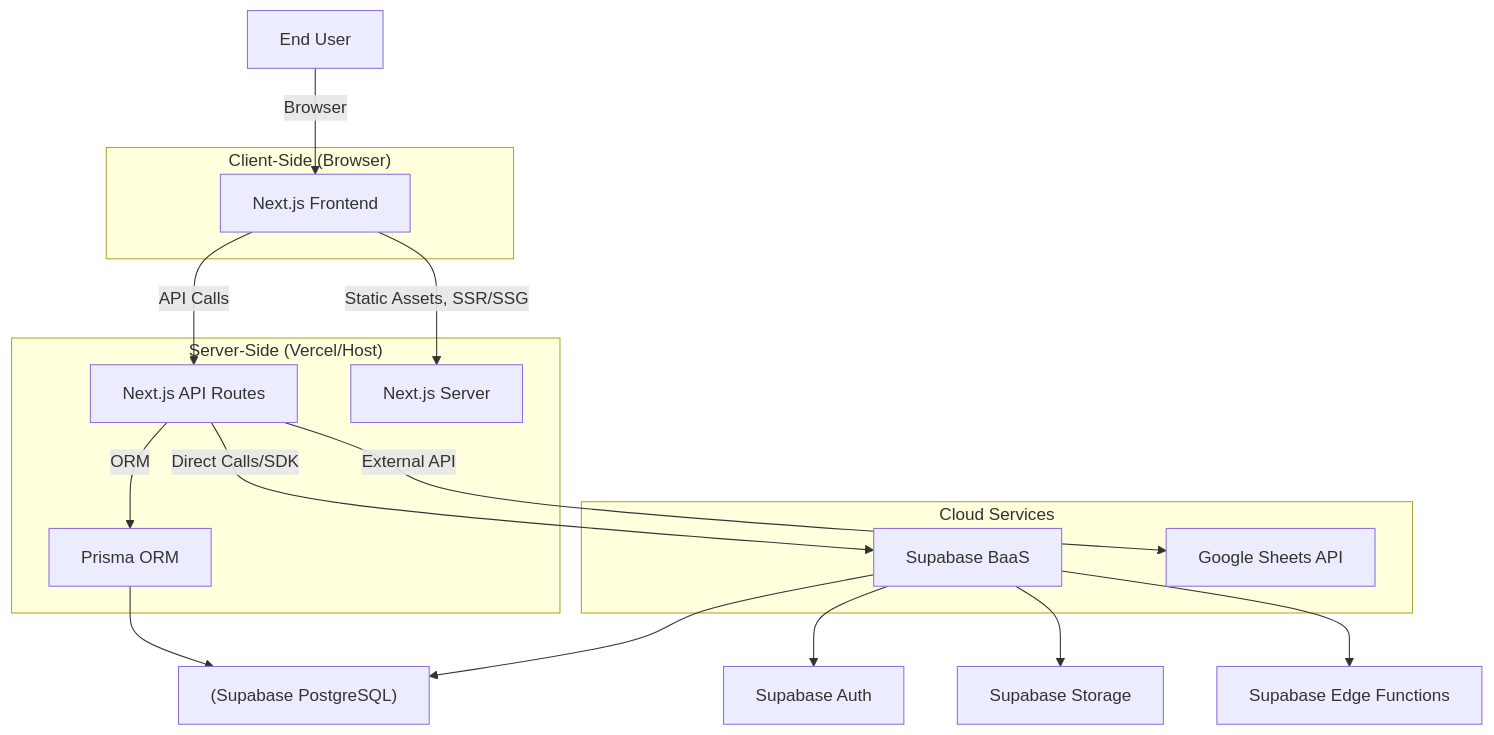
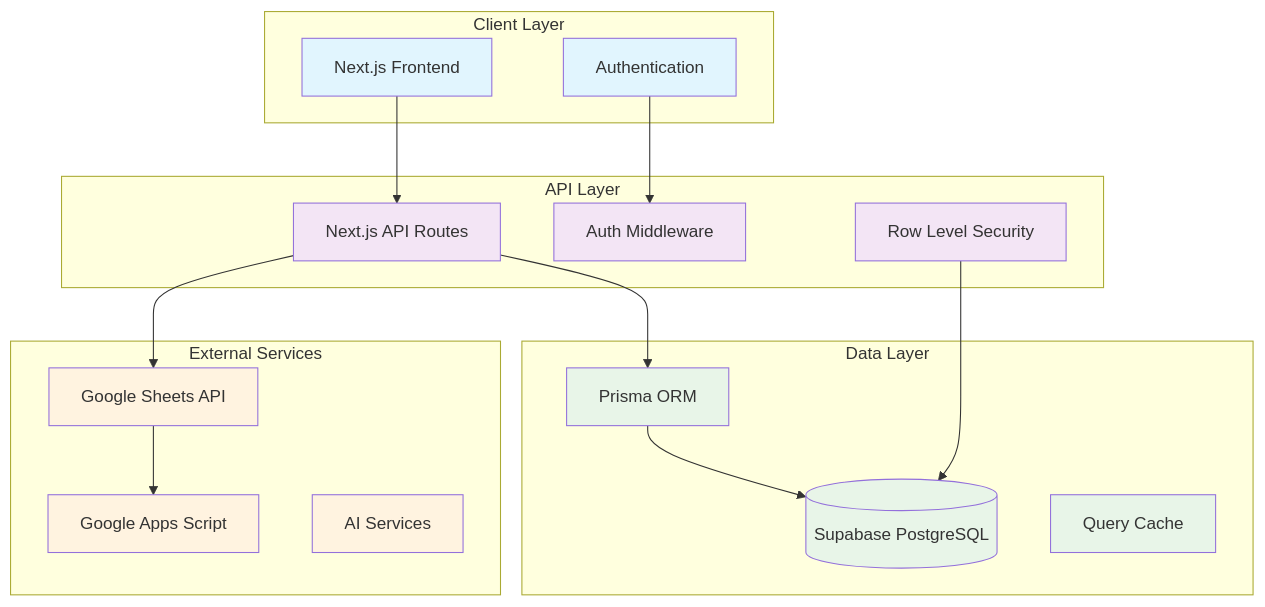
Before and after one commit to AojdevStudio/dental-dashboard: the diagram in README.md, drawn with Mermaid. The commit also changed other lines of this file and 133 other files, not shown here.

First line of the commit message:
fix: resolve authentication database validation and add E2E testing infrastructure (#76)

````diff
--- a/README.md
+++ b/README.md
@@ -35,29 +212,43 @@
-        ```mermaid
-        graph TD
-            User[End User] -->|Browser| Frontend[Next.js Frontend]
-            Frontend -->|API Calls| Backend[Next.js API Routes]
-            Frontend -->|Static Assets, SSR/SSG| NextJSServer[Next.js Server]
-            Backend -->|ORM| Prisma[Prisma ORM]
-            Backend -->|Direct Calls/SDK| Supabase[Supabase BaaS]
-            Prisma --> Database["(Supabase PostgreSQL)"]
-            Supabase --> Database
-            Supabase --> Auth[Supabase Auth]
-            Supabase --> Storage[Supabase Storage]
-            Supabase --> EdgeFunctions[Supabase Edge Functions]
-            Backend -->|External API| GoogleSheets[Google Sheets API]
-
-            subgraph "Client-Side (Browser)"
-                Frontend
-            end
-
-            subgraph "Cloud Services"
-                Supabase
-                GoogleSheets
-            end
-
-            subgraph "Server-Side (Vercel/Host)"
-                NextJSServer
-                Backend
-                Prisma
-            end
-        ```
+```mermaid
+graph TB
+    subgraph "Client Layer"
+        UI[Next.js Frontend]
+        Auth[Authentication]
+    end
+    
+    subgraph "API Layer"
+        API[Next.js API Routes]
+        Middleware[Auth Middleware]
+        RLS[Row Level Security]
+    end
+    
+    subgraph "Data Layer"
+        DB[(Supabase PostgreSQL)]
+        Prisma[Prisma ORM]
+        Cache[Query Cache]
+    end
+    
+    subgraph "External Services"
+        Sheets[Google Sheets API]
+        GAS[Google Apps Script]
+        AI[AI Services]
+    end
+    
+    UI --> API
+    Auth --> Middleware
+    API --> Prisma
+    Prisma --> DB
+    RLS --> DB
+    API --> Sheets
+    Sheets --> GAS
+    
+    classDef client fill:#e1f5fe
+    classDef api fill:#f3e5f5
+    classDef data fill:#e8f5e8
+    classDef external fill:#fff3e0
+    
+    class UI,Auth client
+    class API,Middleware,RLS api
+    class DB,Prisma,Cache data
+    class Sheets,GAS,AI external
+```
````
